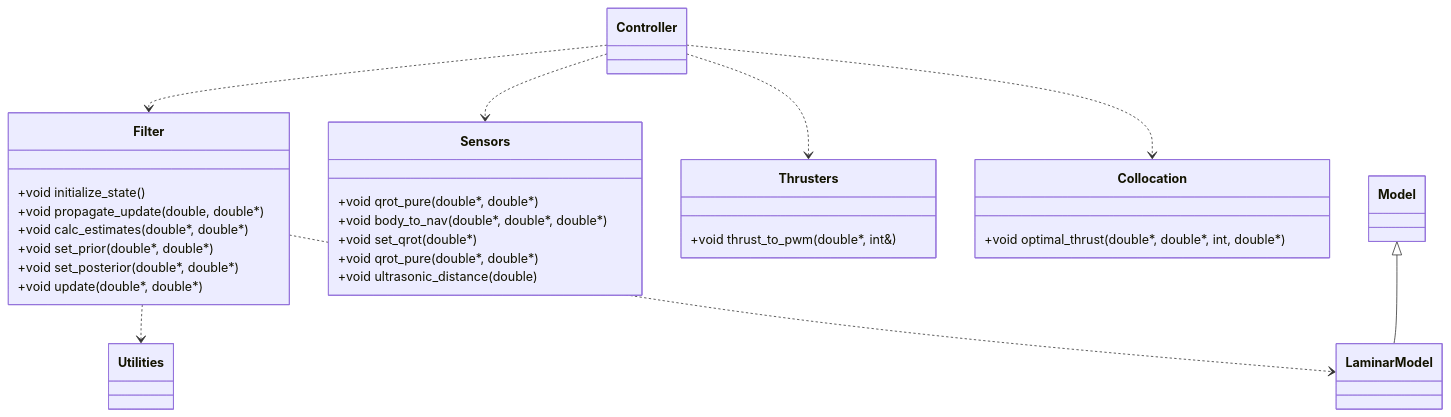
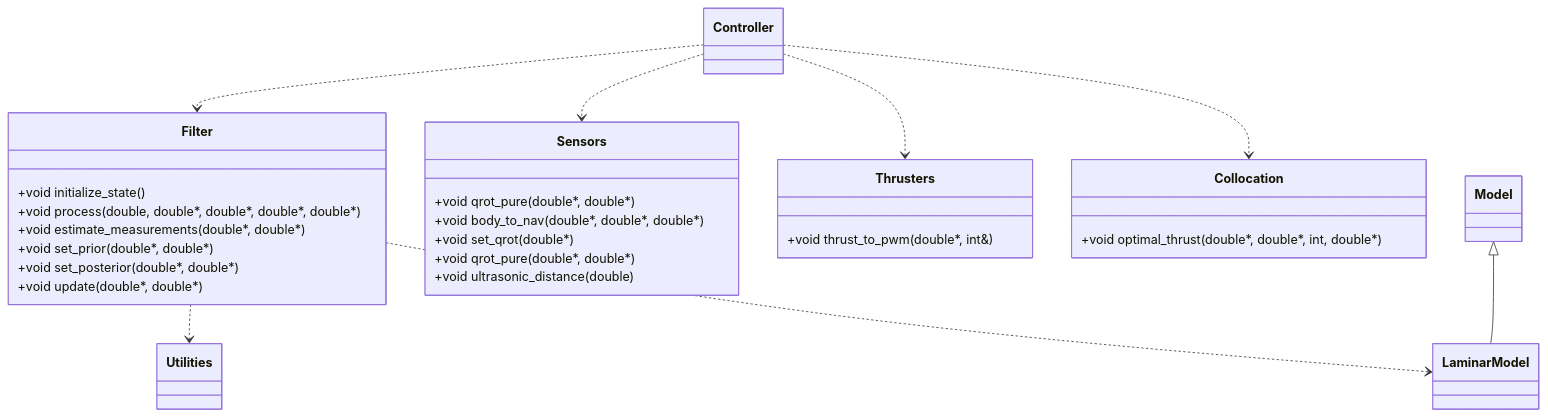
Before and after one commit to teichen/stormfin: the diagram in README.md, drawn with Mermaid. The commit also changed 4 other files, not shown here.

````diff
--- a/README.md
+++ b/README.md
@@ -21,23 +21,23 @@
 ```mermaid
 classDiagram
     Controller ..> Filter
     Controller ..> Sensors
     Controller ..> Thrusters
     Controller ..> Collocation
     Filter ..> Utilities
     Filter ..> LaminarModel
     Model <|-- LaminarModel
     Filter : +void initialize_state()
-    Filter : +void propagate_update(double, double*)
-    Filter : +void calc_estimates(double*, double*)
+    Filter : +void process(double, double*, double*, double*, double*)
+    Filter : +void estimate_measurements(double*, double*)
     Filter : +void set_prior(double*, double*)
     Filter : +void set_posterior(double*, double*)
     Filter : +void update(double*, double*)
     Sensors : +void qrot_pure(double*, double*)
     Sensors : +void body_to_nav(double*, double*, double*)
     Sensors : +void set_qrot(double*)
     Sensors : +void qrot_pure(double*, double*)
     Sensors : +void ultrasonic_distance(double)
     Thrusters : +void thrust_to_pwm(double*, int&)
     Collocation : +void optimal_thrust(double*, double*, int, double*)
 ```
````
